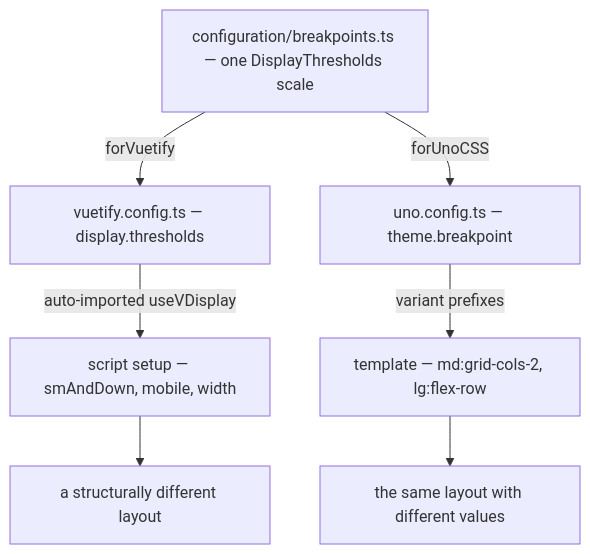
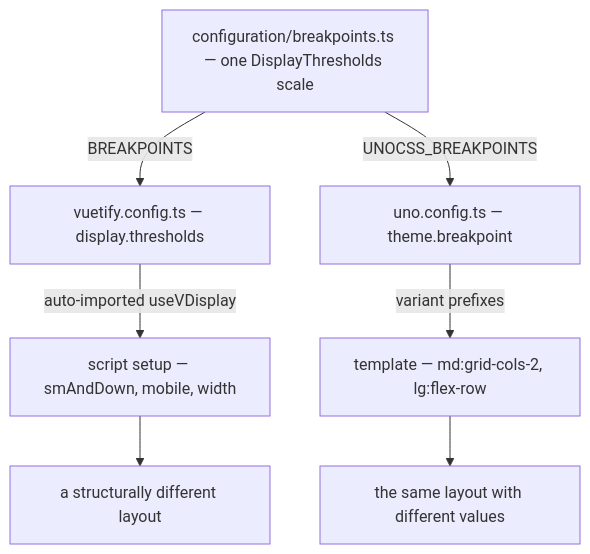
One commit to Esposter/Esposter changed the diagram in apps/web/content/docs/architecture/responsive.md. Above: the diagram before and after it, drawn with Mermaid. The commit also changed other lines of this file and 13 other files, not shown here.

````diff
--- a/apps/web/content/docs/architecture/responsive.md
+++ b/apps/web/content/docs/architecture/responsive.md
@@ -12,10 +12,10 @@
 ```mermaid
 flowchart TD
   scale["configuration/breakpoints.ts — one DisplayThresholds scale"]
-  scale -->|"forVuetify"| vuetify["vuetify.config.ts — display.thresholds"]
-  scale -->|"forUnoCSS"| uno["uno.config.ts — theme.breakpoint"]
+  scale -->|"BREAKPOINTS"| vuetify["vuetify.config.ts — display.thresholds"]
+  scale -->|"UNOCSS_BREAKPOINTS"| uno["uno.config.ts — theme.breakpoint"]
   vuetify -->|"auto-imported useVDisplay"| script["script setup — smAndDown, mobile, width"]
   uno -->|"variant prefixes"| template["template — md:grid-cols-2, lg:flex-row"]
   script --> layout["a structurally different layout"]
   template --> values["the same layout with different values"]
 ```
````
